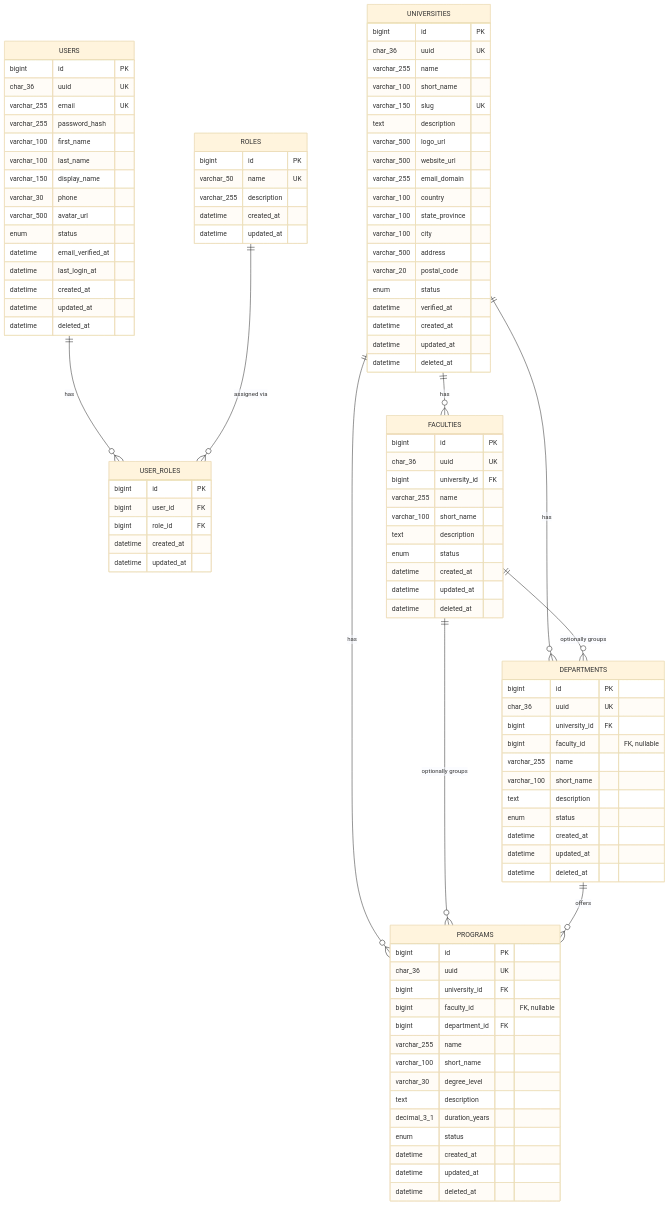
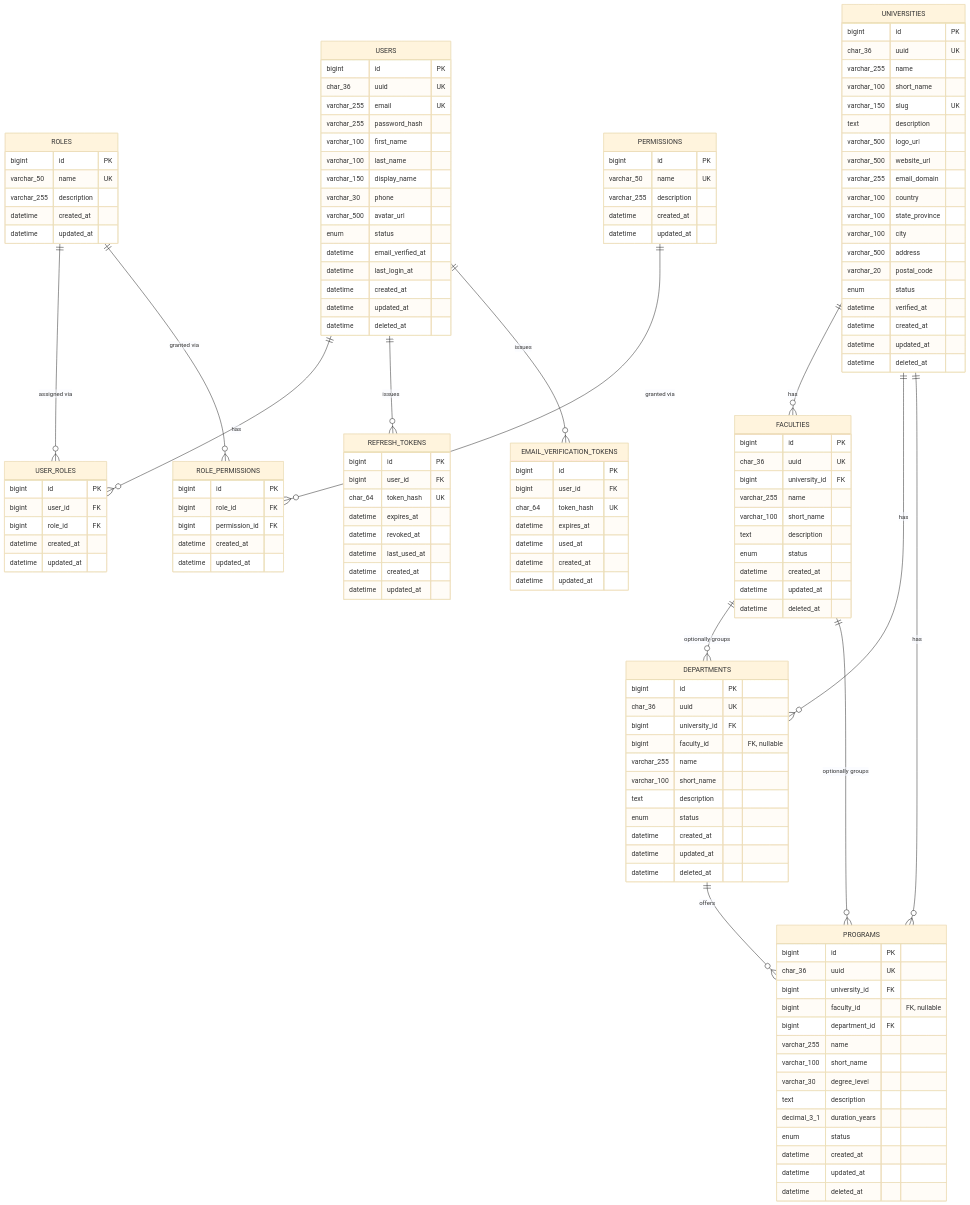
One commit to Javaid/UniJunction changed the diagram in docs/database-erd.md. Above: the diagram before and after it, drawn with Mermaid (base theme). The commit also changed other lines of this file and 66 other files, not shown here.

```diff
--- a/docs/database-erd.md
+++ b/docs/database-erd.md
@@ -8,6 +9,10 @@
 erDiagram
     USERS ||--o{ USER_ROLES : "has"
     ROLES ||--o{ USER_ROLES : "assigned via"
+    ROLES ||--o{ ROLE_PERMISSIONS : "granted via"
+    PERMISSIONS ||--o{ ROLE_PERMISSIONS : "granted via"
+    USERS ||--o{ REFRESH_TOKENS : "issues"
+    USERS ||--o{ EMAIL_VERIFICATION_TOKENS : "issues"
 
     UNIVERSITIES ||--o{ FACULTIES : "has"
     UNIVERSITIES ||--o{ DEPARTMENTS : "has"
@@ -46,6 +51,43 @@
         bigint id PK
         bigint user_id FK
         bigint role_id FK
+        datetime created_at
+        datetime updated_at
+    }
+
+    PERMISSIONS {
+        bigint id PK
+        varchar_50 name UK
+        varchar_255 description
+        datetime created_at
+        datetime updated_at
+    }
+
+    ROLE_PERMISSIONS {
+        bigint id PK
+        bigint role_id FK
+        bigint permission_id FK
+        datetime created_at
+        datetime updated_at
+    }
+
+    REFRESH_TOKENS {
+        bigint id PK
+        bigint user_id FK
+        char_64 token_hash UK
+        datetime expires_at
+        datetime revoked_at
+        datetime last_used_at
+        datetime created_at
+        datetime updated_at
+    }
+
+    EMAIL_VERIFICATION_TOKENS {
+        bigint id PK
+        bigint user_id FK
+        char_64 token_hash UK
+        datetime expires_at
+        datetime used_at
         datetime created_at
         datetime updated_at
     }
```
